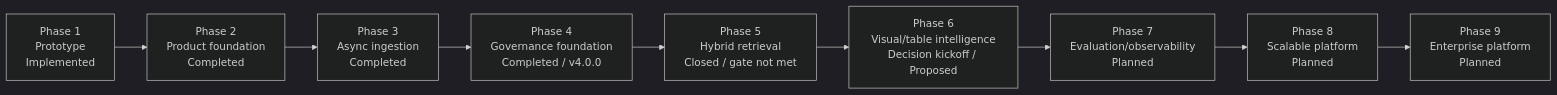
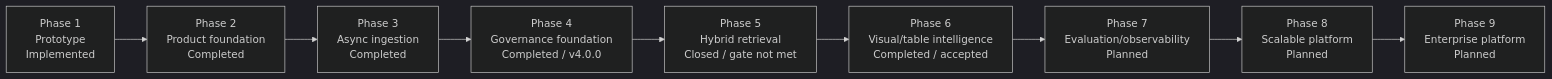
The second of 11 diagrams in mm-rag-full-stack-genai-bootcamp-3.0/docs/architecture/ARCHITECTURE.md (mvyas412/ai-projects), drawn with Mermaid (dark theme) before and after one commit. The commit also changed other lines of this file and 87 other files, not shown here.

First line of the commit message:
feat(mm-rag): add Phase 6 visual and table intelligence (#7)

````diff
--- a/mm-rag-full-stack-genai-bootcamp-3.0/docs/architecture/ARCHITECTURE.md
+++ b/mm-rag-full-stack-genai-bootcamp-3.0/docs/architecture/ARCHITECTURE.md
@@ -171,12 +177,12 @@
 ```mermaid
 flowchart LR
     p1["Phase 1<br/>Prototype<br/>Implemented"] -->
     p2["Phase 2<br/>Product foundation<br/>Completed"] -->
     p3["Phase 3<br/>Async ingestion<br/>Completed"] -->
     p4["Phase 4<br/>Governance foundation<br/>Completed / v4.0.0"] -->
     p5["Phase 5<br/>Hybrid retrieval<br/>Closed / gate not met"] -->
-    p6["Phase 6<br/>Visual/table intelligence<br/>Decision kickoff / Proposed"] -->
+    p6["Phase 6<br/>Visual/table intelligence<br/>Completed / accepted"] -->
     p7["Phase 7<br/>Evaluation/observability<br/>Planned"] -->
     p8["Phase 8<br/>Scalable platform<br/>Planned"] -->
     p9["Phase 9<br/>Enterprise platform<br/>Planned"]
 ```
````
